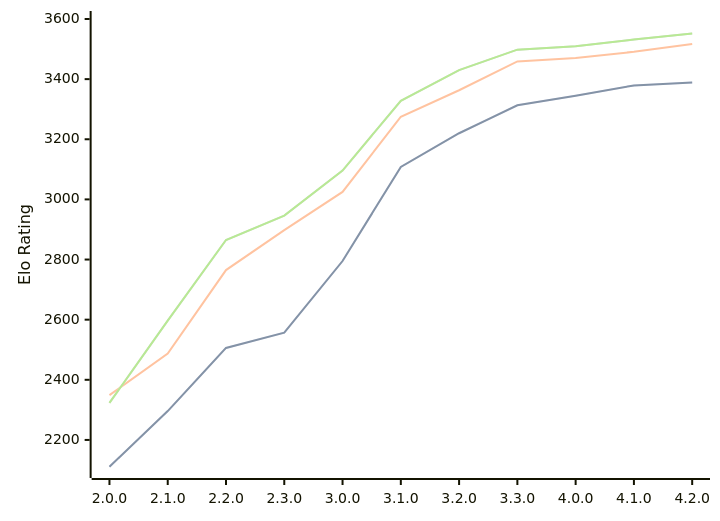
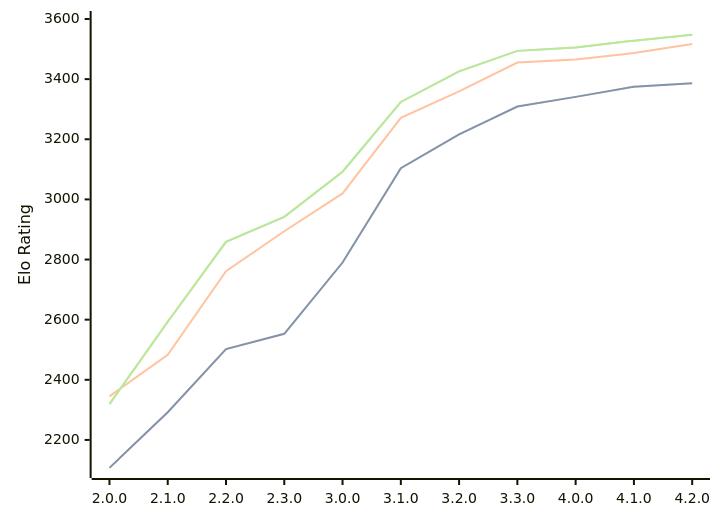
One commit to computer-chess-index/cci changed the first of 3 diagrams in engines/Raphael.md. Above: the diagram before and after it, drawn with Mermaid. The commit also changed other lines of this file, not shown here.

Commit message:
Update CCI Ratings (ELO VLTC) - 2026-07-16

````diff
--- a/engines/Raphael.md
+++ b/engines/Raphael.md
@@ -53,11 +53,11 @@
 ```mermaid
 %%{init: {"theme":"base","themeVariables":{"seriesColors:['#a3a3a3','#222221','#faa371']}}}%%
 xychart-beta
   x-axis ["2.0.0", "2.1.0", "2.2.0", "2.3.0", "3.0.0", "3.1.0", "3.2.0", "3.3.0", "4.0.0", "4.1.0", "4.2.0"]
   y-axis "Elo Rating" 2100 --> 3600
-  line "STC (8.0+0.08s)" [2111, 2296, 2506, 2557, 2795, 3108, 3220, 3313, 3345, 3379, 3389]
-  line "STC (8.0+0.08s)" [2111, 2296, 2506, 2557, 2795, 3108, 3220, 3313, 3345, 3379, 3389]
-  line "LTC (60.0+0.60s)" [2349, 2487, 2765, 2898, 3025, 3275, 3363, 3459, 3470, 3491, 3517]
-  line "VLTC (2m24s+1.12s)" [2323, 2597, 2865, 2946, 3096, 3328, 3430, 3498, 3509, 3532, 3552]
-  line "VLTC (2m24s+1.12s)" [2323, 2597, 2865, 2946, 3096, 3328, 3430, 3498, 3509, 3532, 3552]
+  line "STC (8.0+0.08s)" [2107, 2292, 2502, 2553, 2790, 3104, 3216, 3309, 3341, 3375, 3386]
+  line "STC (8.0+0.08s)" [2107, 2292, 2502, 2553, 2790, 3104, 3216, 3309, 3341, 3375, 3386]
+  line "LTC (60.0+0.60s)" [2345, 2483, 2761, 2894, 3020, 3271, 3359, 3455, 3465, 3487, 3517]
+  line "VLTC (2m24s+1.12s)" [2319, 2593, 2859, 2942, 3092, 3324, 3426, 3494, 3505, 3528, 3548]
+  line "VLTC (2m24s+1.12s)" [2319, 2593, 2859, 2942, 3092, 3324, 3426, 3494, 3505, 3528, 3548]
 ```
````
